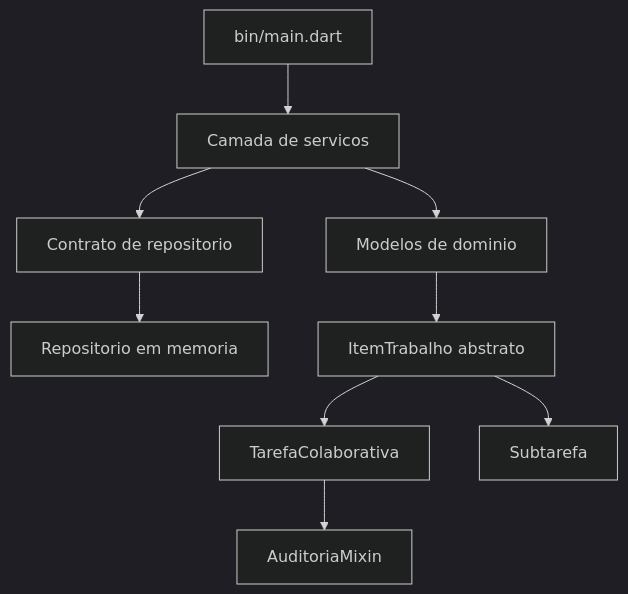
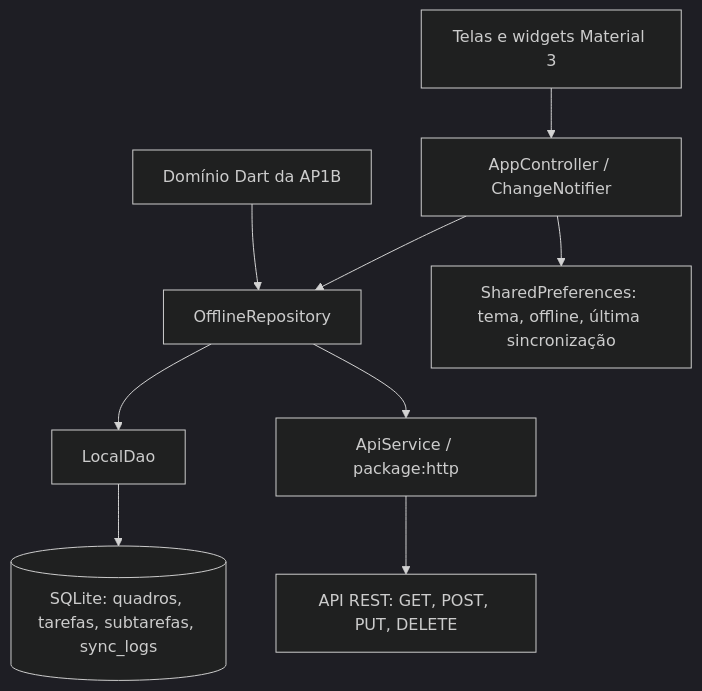
The diagram in README.md (Fabio-Buecker/rede-tarefas-colaborativas-parte-2), drawn with Mermaid (dark theme) before and after one commit. The commit also changed other lines of this file and 134 other files, not shown here.

````diff
--- a/README.md
+++ b/README.md
@@ -33,11 +29,11 @@
 ```mermaid
 flowchart TD
-    CLI[bin/main.dart] --> S[Camada de servicos]
-    S --> R[Contrato de repositorio]
-    R --> M[Repositorio em memoria]
-    S --> D[Modelos de dominio]
-    D --> B[ItemTrabalho abstrato]
-    B --> T[TarefaColaborativa]
-    B --> ST[Subtarefa]
-    T --> A[AuditoriaMixin]
+  UI[Telas e widgets Material 3] --> C[AppController / ChangeNotifier]
+  C --> R[OfflineRepository]
+  R --> D[LocalDao]
+  D --> DB[(SQLite: quadros, tarefas, subtarefas, sync_logs)]
+  R --> A[ApiService / package:http]
+  A --> API[API REST: GET, POST, PUT, DELETE]
+  C --> P[SharedPreferences: tema, offline, última sincronização]
+  DOM[Domínio Dart da AP1B] --> R
 ```
````
